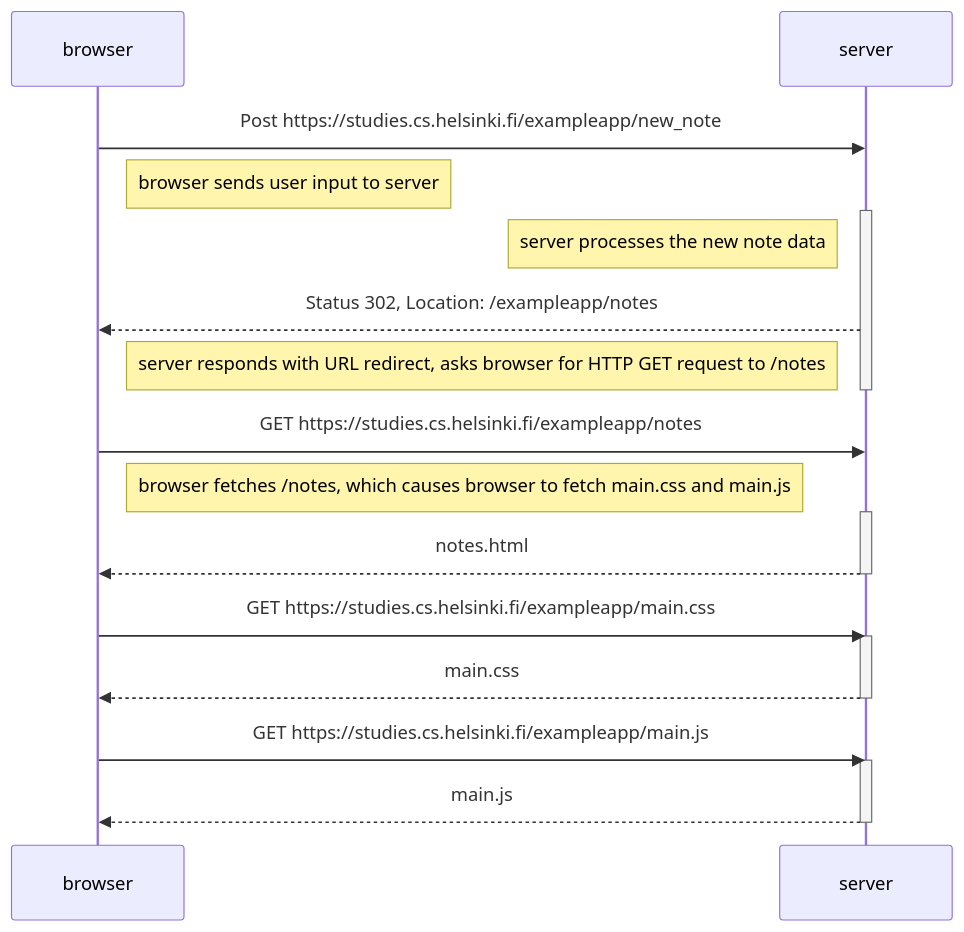
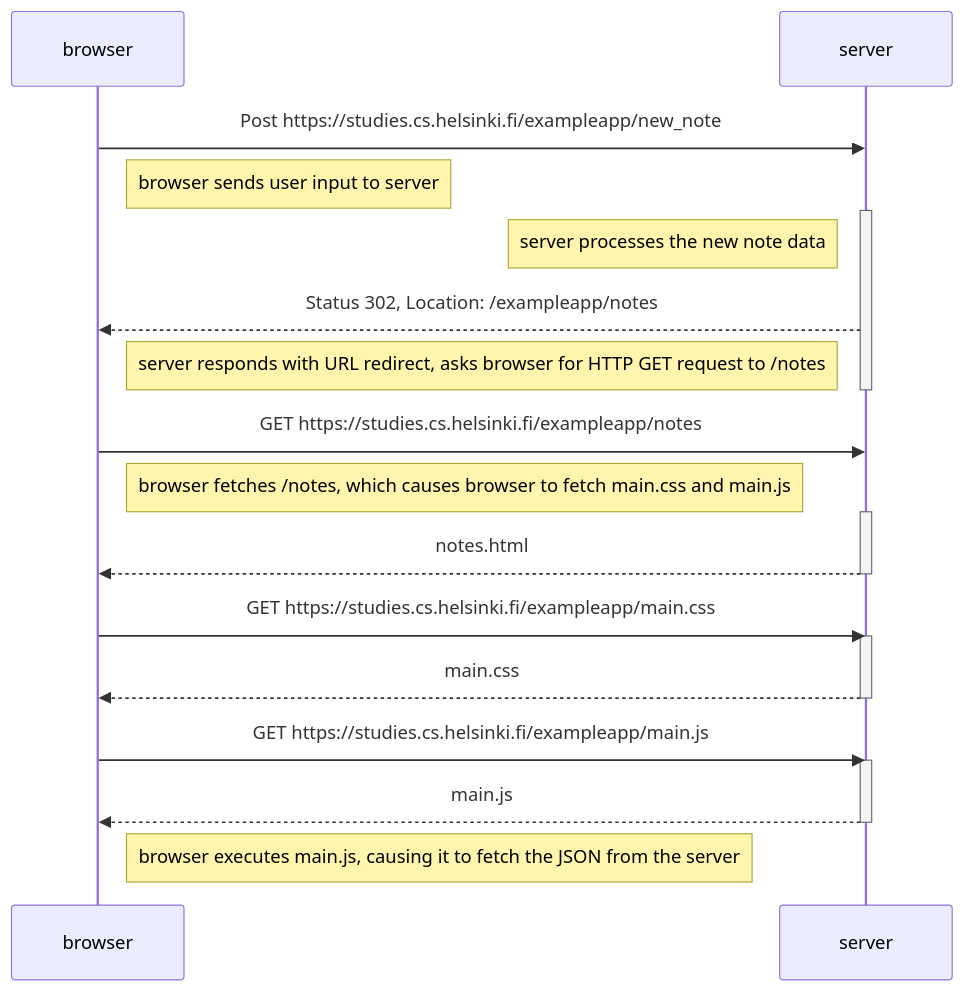
Before and after one commit to WMCS50/fso-part0: the diagram in 0.4-new-note-diagram - Copy.md, drawn with Mermaid.

Commit message:
Update 0.4-new-note-diagram - Copy.md

````diff
--- a/0.4-new-note-diagram - Copy.md
+++ b/0.4-new-note-diagram - Copy.md
@@ -1,31 +1,31 @@
 ```mermaid
     sequenceDiagram
         participant browser
         participant server
 
 browser->>server: Post https://studies.cs.helsinki.fi/exampleapp/new_note
         Note right of browser: browser sends user input to server
         activate server
         Note left of server: server processes the new note data
         server-->>browser: Status 302, Location: /exampleapp/notes
         Note left of server: server responds with URL redirect, asks browser for HTTP GET request to /notes
         deactivate server
         
         browser->>server: GET https://studies.cs.helsinki.fi/exampleapp/notes
         Note right of browser: browser fetches /notes, which causes browser to fetch main.css and main.js
         activate server
         server-->>browser: notes.html
         deactivate server
             
         browser->>server: GET https://studies.cs.helsinki.fi/exampleapp/main.css
         activate server
         server-->>browser: main.css
         deactivate server
         
         browser->>server: GET https://studies.cs.helsinki.fi/exampleapp/main.js
         activate server
         server-->>browser: main.js
         deactivate server
 
-
+        Note right of browser: browser executes main.js, causing it to fetch the JSON from the server
 ```
````
